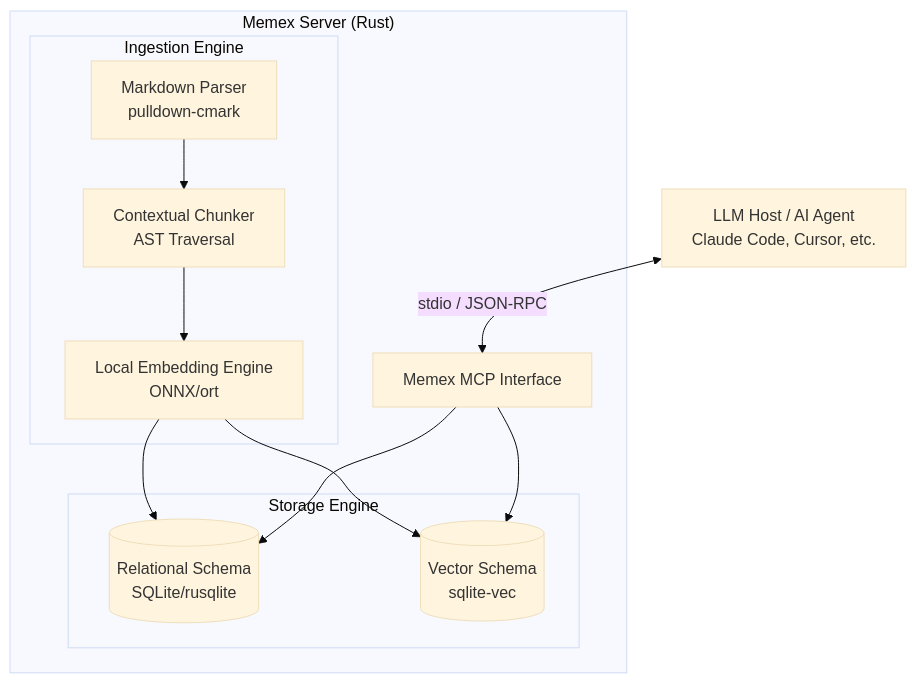
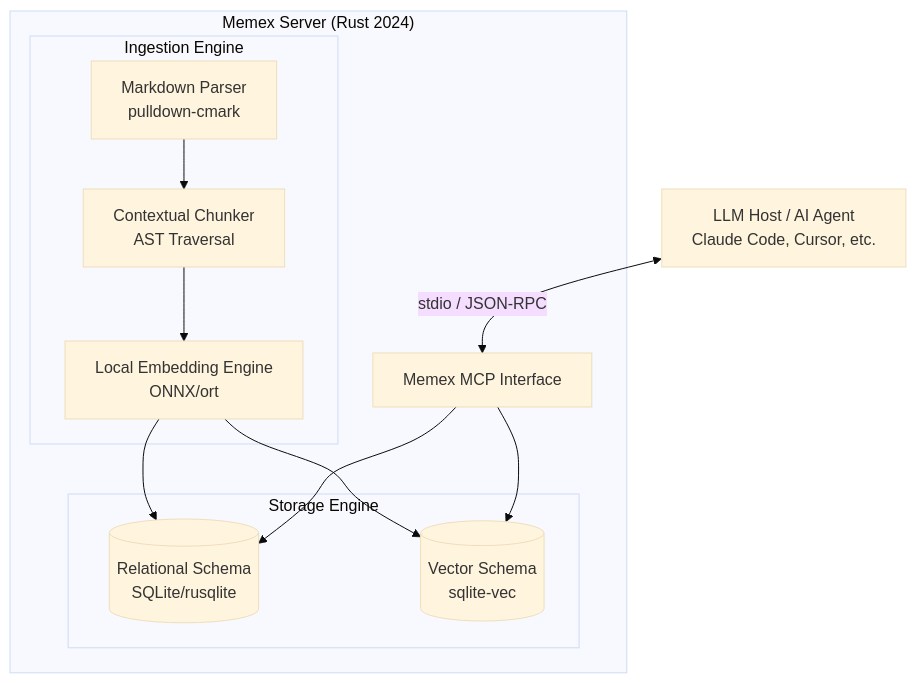
The diagram in README.md (garnizeh/memex), drawn with Mermaid (base theme) before and after one commit. The commit also changed other lines of this file, not shown here.

Commit message:
docs: improve README with Rust 2024 badge, updated test counts, and docs navigation links

````diff
--- a/README.md
+++ b/README.md
@@ -100,25 +109,25 @@
 ```mermaid
 graph TD
     Client[LLM Host / AI Agent<br>Claude Code, Cursor, etc.] <-->|stdio / JSON-RPC| MCP[Memex MCP Interface]
     
-    subgraph Memex ["Memex Server (Rust)"]
+    subgraph Memex ["Memex Server (Rust 2024)"]
         MCP
         
         subgraph Ingestion_Engine [Ingestion Engine]
             Parser[Markdown Parser<br>pulldown-cmark]
             Chunker[Contextual Chunker<br>AST Traversal]
             Embedder[Local Embedding Engine<br>ONNX/ort]
         end
         
         subgraph Storage_Engine [Storage Engine]
             RelSchema[(Relational Schema<br>SQLite/rusqlite)]
             VecSchema[(Vector Schema<br>sqlite-vec)]
         end
         
         Parser --> Chunker --> Embedder
         Embedder --> RelSchema
         Embedder --> VecSchema
         MCP --> VecSchema
         MCP --> RelSchema
     end
 ```
````
